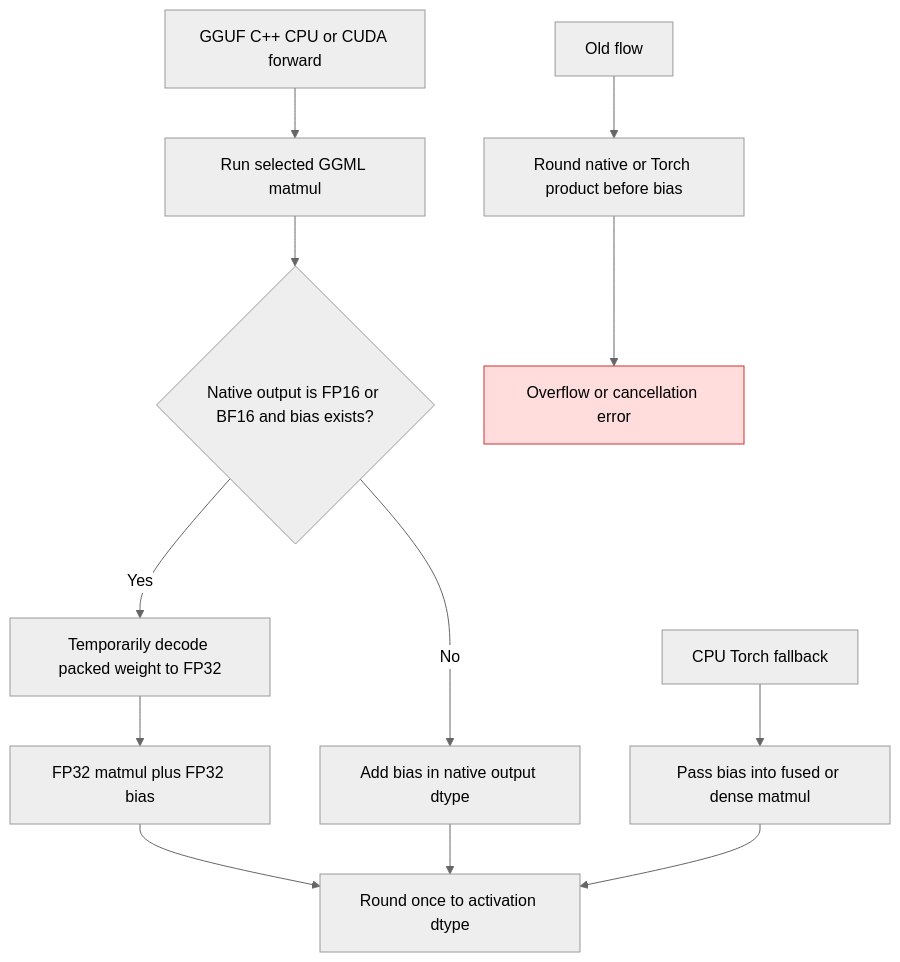
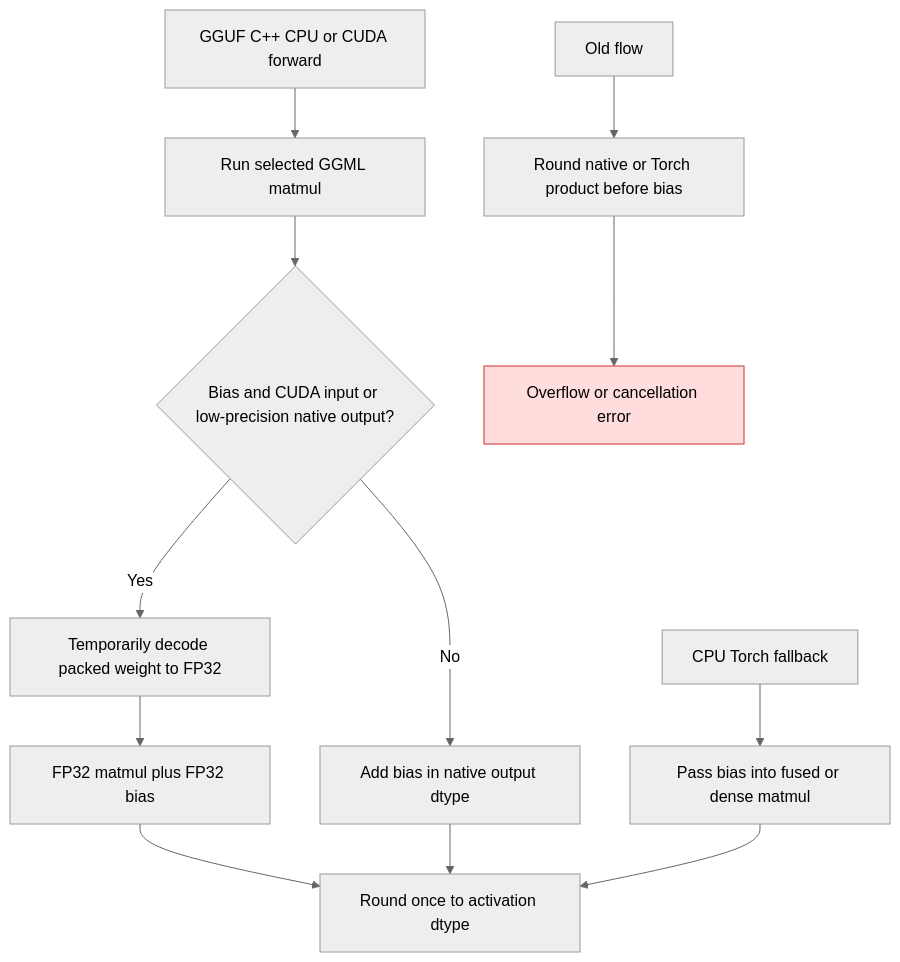
Before and after one commit to ModelCloud/GPTQModel: the diagram in docs/gguf-cpp-bias-epilogue.md, drawn with Mermaid (neutral theme). The commit also changed other lines of this file and 2 other files, not shown here.

Commit message:
fix(gguf): correct CUDA bias cancellation after native matmul

````diff
--- a/docs/gguf-cpp-bias-epilogue.md
+++ b/docs/gguf-cpp-bias-epilogue.md
@@ -11,16 +14,16 @@
 ```mermaid
 flowchart TD
     A["GGUF C++ CPU or CUDA forward"] --> B["Run selected GGML matmul"]
-    B --> C{"Native output is FP16 or BF16 and bias exists?"}
+    B --> C{"Bias and CUDA input or low-precision native output?"}
     C -- Yes --> D["Temporarily decode packed weight to FP32"]
     D --> E["FP32 matmul plus FP32 bias"]
     E --> F["Round once to activation dtype"]
     C -- No --> G["Add bias in native output dtype"]
     G --> F
     H["CPU Torch fallback"] --> I["Pass bias into fused or dense matmul"]
     I --> F
     J["Old flow"] --> K["Round native or Torch product before bias"]
     K --> L["Overflow or cancellation error"]
     classDef failure fill:#fdd,stroke:#c33
     class L failure
 ```
````
